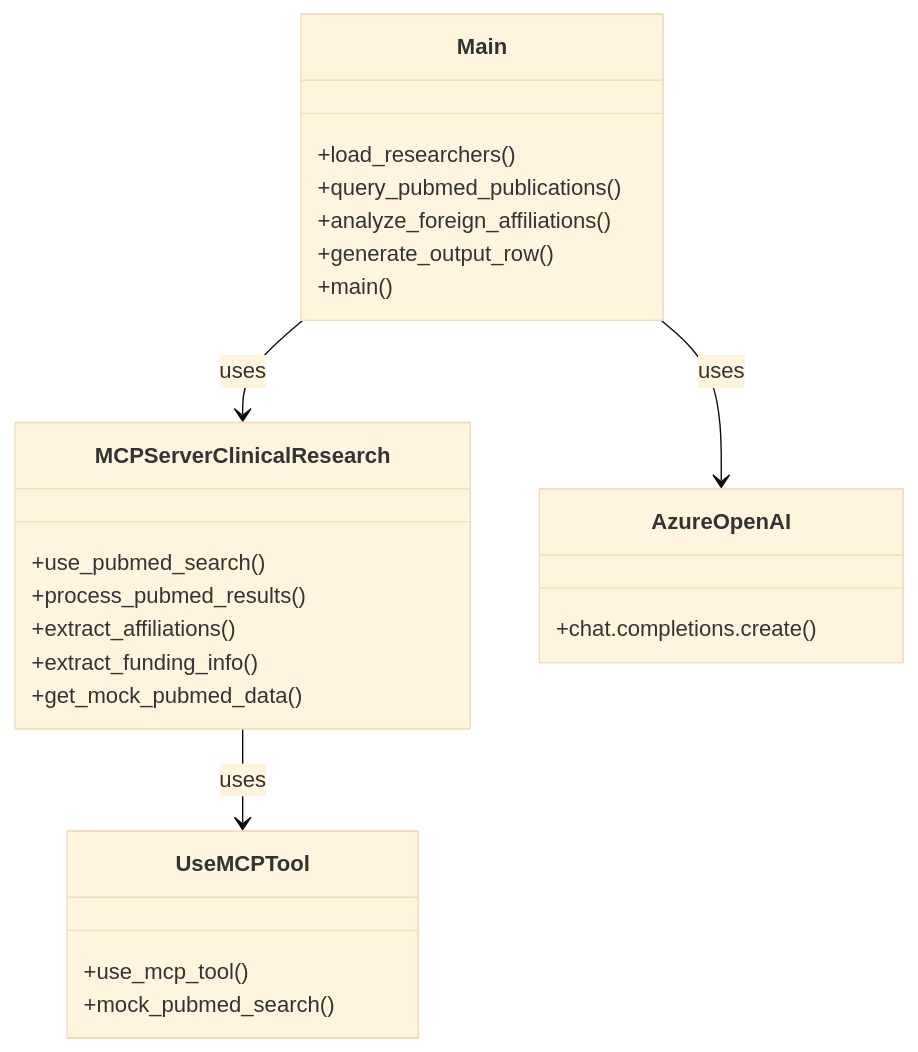
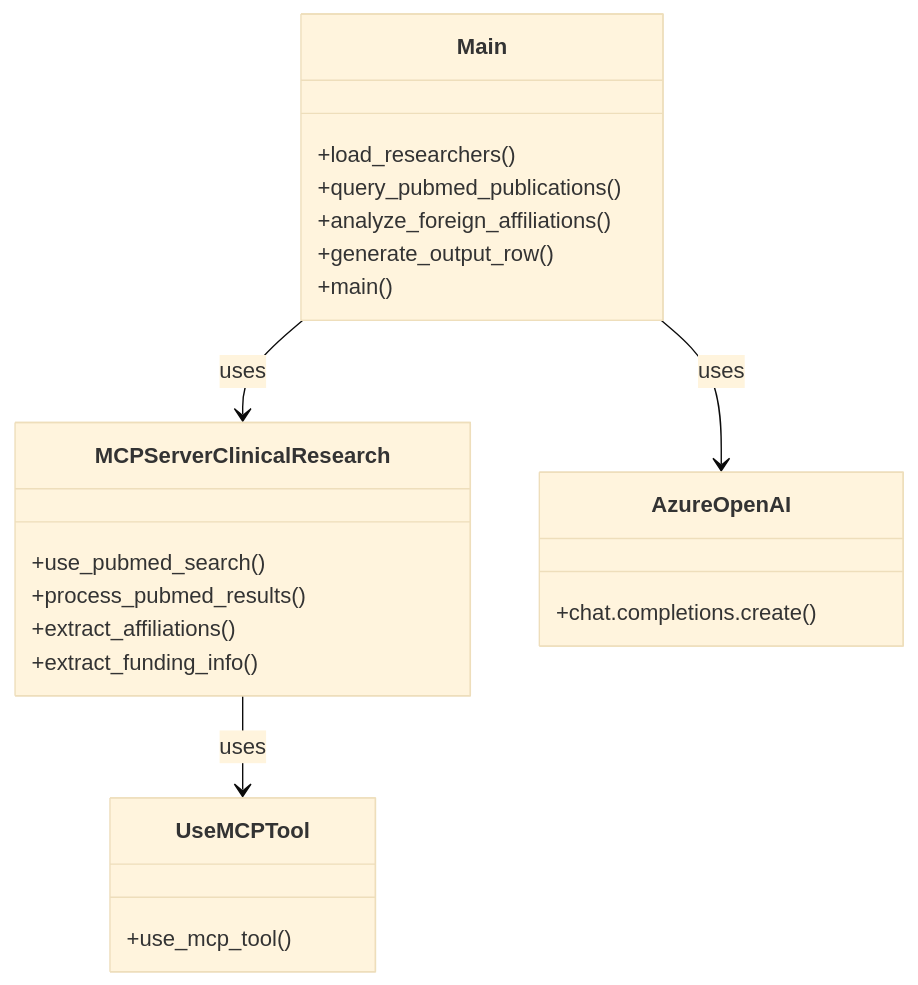
One commit to BCH-IDHA/foreign-disclosure-analysis changed the fifth of 5 diagrams in README.md. Above: the diagram before and after it, drawn with Mermaid (base theme). The commit also changed other lines of this file and 4 other files, not shown here.

Commit message:
Remove simulated data and mock implementations, ensure tool only uses real PubMed data

````diff
--- a/README.md
+++ b/README.md
@@ -184,31 +184,29 @@
 ```mermaid
 classDiagram
     class Main {
         +load_researchers()
         +query_pubmed_publications()
         +analyze_foreign_affiliations()
         +generate_output_row()
         +main()
     }
 
     class MCPServerClinicalResearch {
         +use_pubmed_search()
         +process_pubmed_results()
         +extract_affiliations()
         +extract_funding_info()
-        +get_mock_pubmed_data()
     }
 
     class UseMCPTool {
         +use_mcp_tool()
-        +mock_pubmed_search()
     }
 
     class AzureOpenAI {
         +chat.completions.create()
     }
 
     Main --> MCPServerClinicalResearch : uses
     Main --> AzureOpenAI : uses
     MCPServerClinicalResearch --> UseMCPTool : uses
 ```
````
